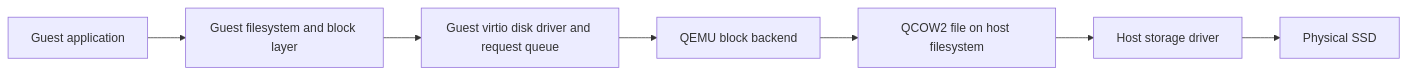
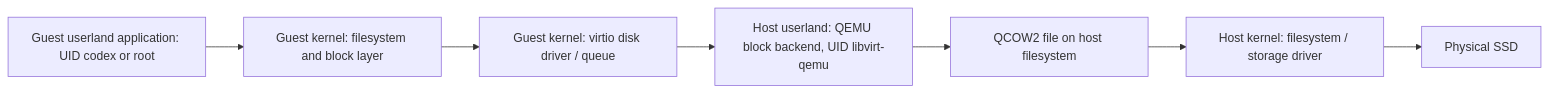
Before and after one commit to andyjakubowski/dotfiles-ubuntu: the seventh of 9 diagrams in docs/gpu-vm-explained.md, drawn with Mermaid. The commit also changed other lines of this file and 9 other files, not shown here.

````diff
--- a/docs/gpu-vm-explained.md
+++ b/docs/gpu-vm-explained.md
@@ -348,9 +638,9 @@
 ```mermaid
 flowchart LR
-    app["Guest application"] --> fs["Guest filesystem and block layer"]
-    fs --> virtio["Guest virtio disk driver and request queue"]
-    virtio --> qemu["QEMU block backend"]
+    app["Guest userland application: UID codex or root"] --> fs["Guest kernel: filesystem and block layer"]
+    fs --> virtio["Guest kernel: virtio disk driver / queue"]
+    virtio --> qemu["Host userland: QEMU block backend, UID libvirt-qemu"]
     qemu --> file["QCOW2 file on host filesystem"]
-    file --> driver["Host storage driver"]
+    file --> driver["Host kernel: filesystem / storage driver"]
     driver --> ssd["Physical SSD"]
 ```
````
